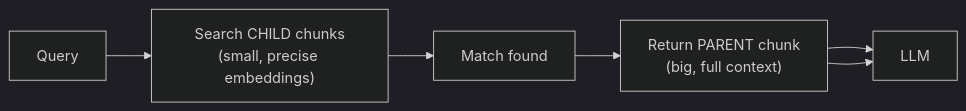
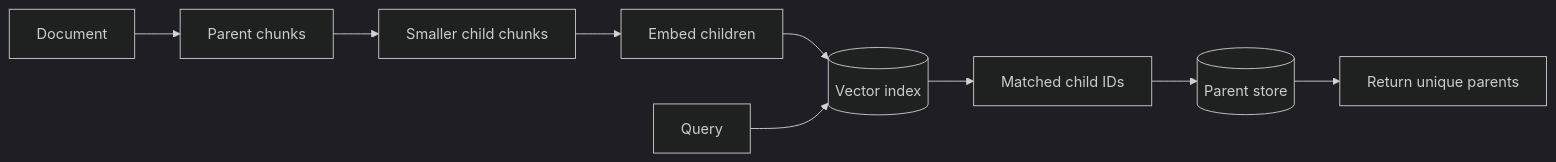
One commit to MakCoder-2004/AI-Engineering-Sheet changed diagram 14 of 45 in 05.RAG/RAG.md. Above: the diagram before and after it, drawn with Mermaid (dark theme). The commit also changed other lines of this file and 60 other files, not shown here.

````diff
--- a/05.RAG/RAG.md
+++ b/05.RAG/RAG.md
@@ -526,6 +670,11 @@
 ```mermaid
 flowchart LR
-    Q[Query] --> C["Search CHILD chunks<br/>(small, precise embeddings)"]
-    C --> M["Match found"] --> P["Return PARENT chunk<br/>(big, full context)"] --> L
-    P --> L[LLM]
+    D[Document] --> P[Parent chunks]
+    P --> C[Smaller child chunks]
+    C --> E[Embed children]
+    E --> V[(Vector index)]
+    Q[Query] --> V
+    V --> H[Matched child IDs]
+    H --> K[(Parent store)]
+    K --> R[Return unique parents]
 ```
````
